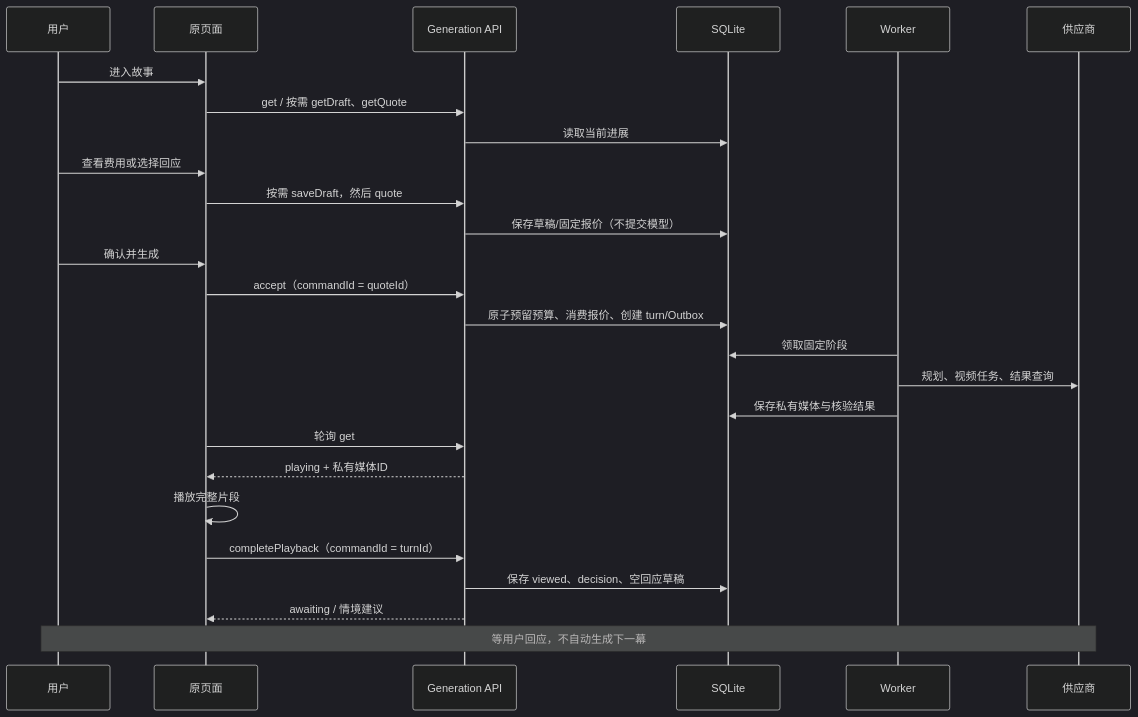
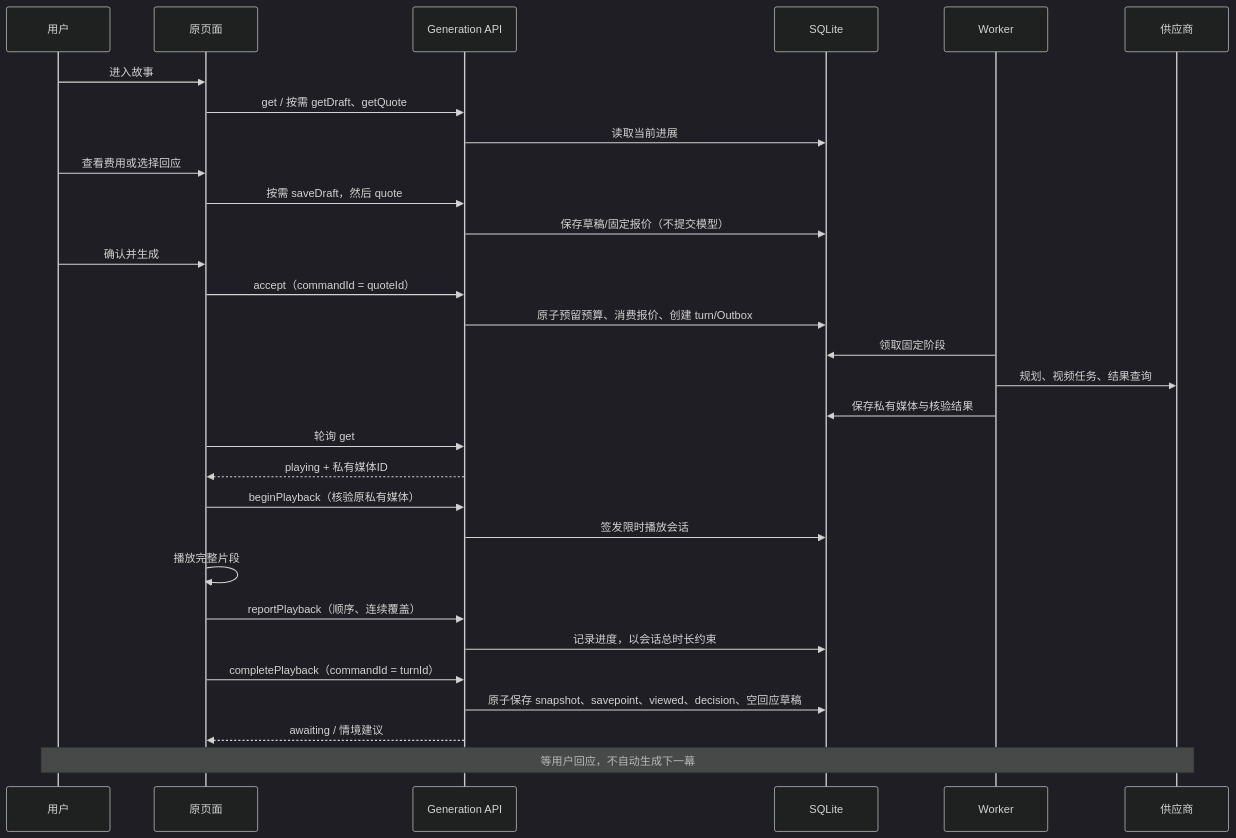
Before and after one commit to LordFoxFairy/everwoven: the second of 2 diagrams in docs/api/PLAY-FLOW-V1.md, drawn with Mermaid (dark theme). The commit also changed other lines of this file and 40 other files, not shown here.

````diff
--- a/docs/api/PLAY-FLOW-V1.md
+++ b/docs/api/PLAY-FLOW-V1.md
@@ -33,28 +33,32 @@
 ```mermaid
 sequenceDiagram
   participant U as 用户
   participant C as 原页面
   participant A as Generation API
   participant D as SQLite
   participant W as Worker
   participant P as 供应商
   U->>C: 进入故事
   C->>A: get / 按需 getDraft、getQuote
   A->>D: 读取当前进展
   U->>C: 查看费用或选择回应
   C->>A: 按需 saveDraft，然后 quote
   A->>D: 保存草稿/固定报价（不提交模型）
   U->>C: 确认并生成
   C->>A: accept（commandId = quoteId）
   A->>D: 原子预留预算、消费报价、创建 turn/Outbox
   W->>D: 领取固定阶段
   W->>P: 规划、视频任务、结果查询
   W->>D: 保存私有媒体与核验结果
   C->>A: 轮询 get
   A-->>C: playing + 私有媒体ID
+  C->>A: beginPlayback（核验原私有媒体）
+  A->>D: 签发限时播放会话
   C->>C: 播放完整片段
+  C->>A: reportPlayback（顺序、连续覆盖）
+  A->>D: 记录进度，以会话总时长约束
   C->>A: completePlayback（commandId = turnId）
-  A->>D: 保存 viewed、decision、空回应草稿
+  A->>D: 原子保存 snapshot、savepoint、viewed、decision、空回应草稿
   A-->>C: awaiting / 情境建议
   Note over U,P: 等用户回应，不自动生成下一幕
 ```
````
